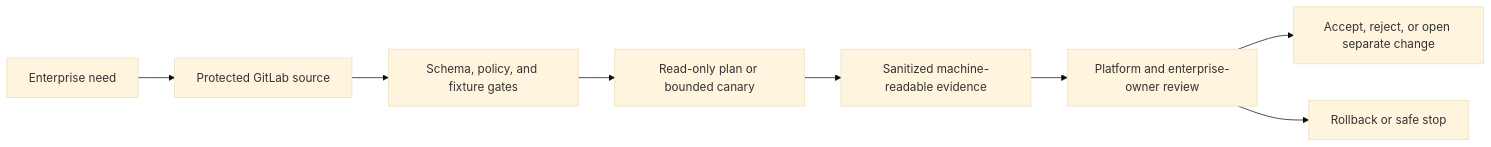
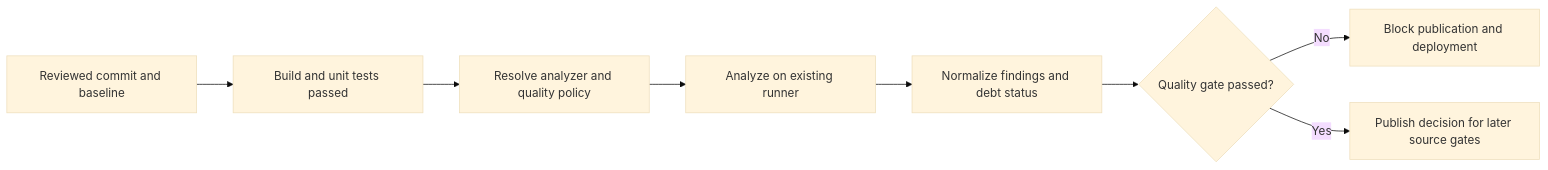
Before and after one commit to MIDHTECH/enterprise-architecture-docs: the diagram in docs/use-cases/devsecops/UC-CICD-004-code-quality-gate-integration.md, drawn with Mermaid (base theme). The commit also changed other lines of this file, not shown here.

Commit message:
Expand code quality gate use case design

````diff
--- a/docs/use-cases/devsecops/UC-CICD-004-code-quality-gate-integration.md
+++ b/docs/use-cases/devsecops/UC-CICD-004-code-quality-gate-integration.md
@@ -68,10 +145,10 @@
 ```mermaid
 flowchart LR
-    Need["Enterprise need"] --> Source["Protected GitLab source"]
-    Source --> CI["Schema, policy, and fixture gates"]
-    CI --> Plan["Read-only plan or bounded canary"]
-    Plan --> Evidence["Sanitized machine-readable evidence"]
-    Evidence --> Review["Platform and enterprise-owner review"]
-    Review --> Accept["Accept, reject, or open separate change"]
-    Review --> Recover["Rollback or safe stop"]
+    Source["Reviewed commit and baseline"] --> Precheck["Build and unit tests passed"]
+    Precheck --> Policy["Resolve analyzer and quality policy"]
+    Policy --> Scan["Analyze on existing runner"]
+    Scan --> Normalize["Normalize findings and debt status"]
+    Normalize --> Decision{"Quality gate passed?"}
+    Decision -->|No| Block["Block publication and deployment"]
+    Decision -->|Yes| Evidence["Publish decision for later source gates"]
 ```
````
